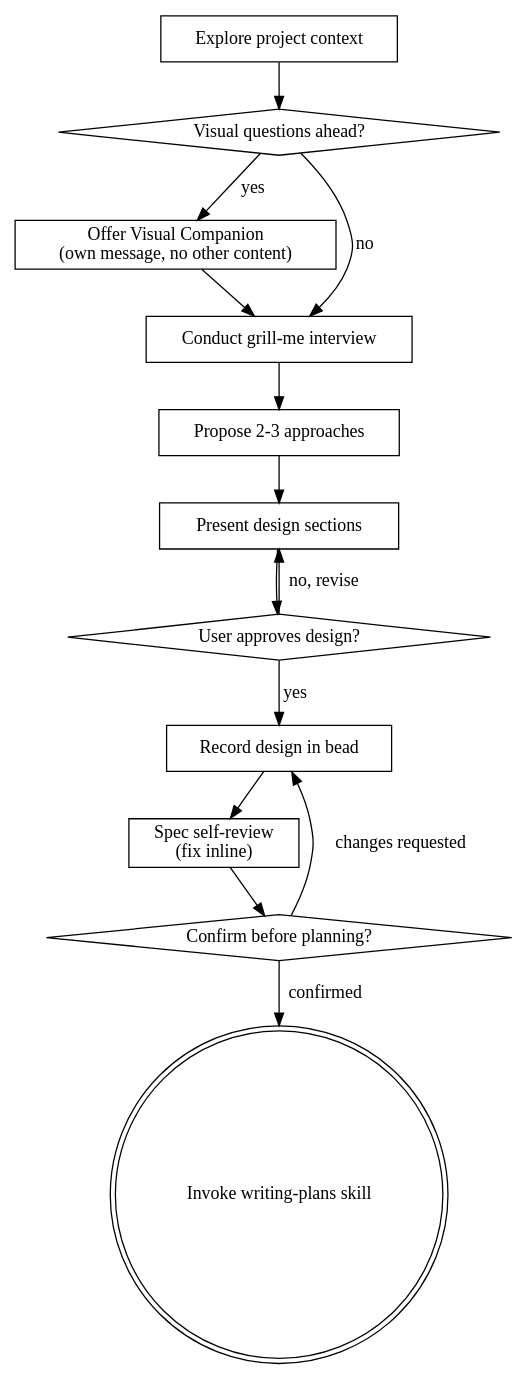
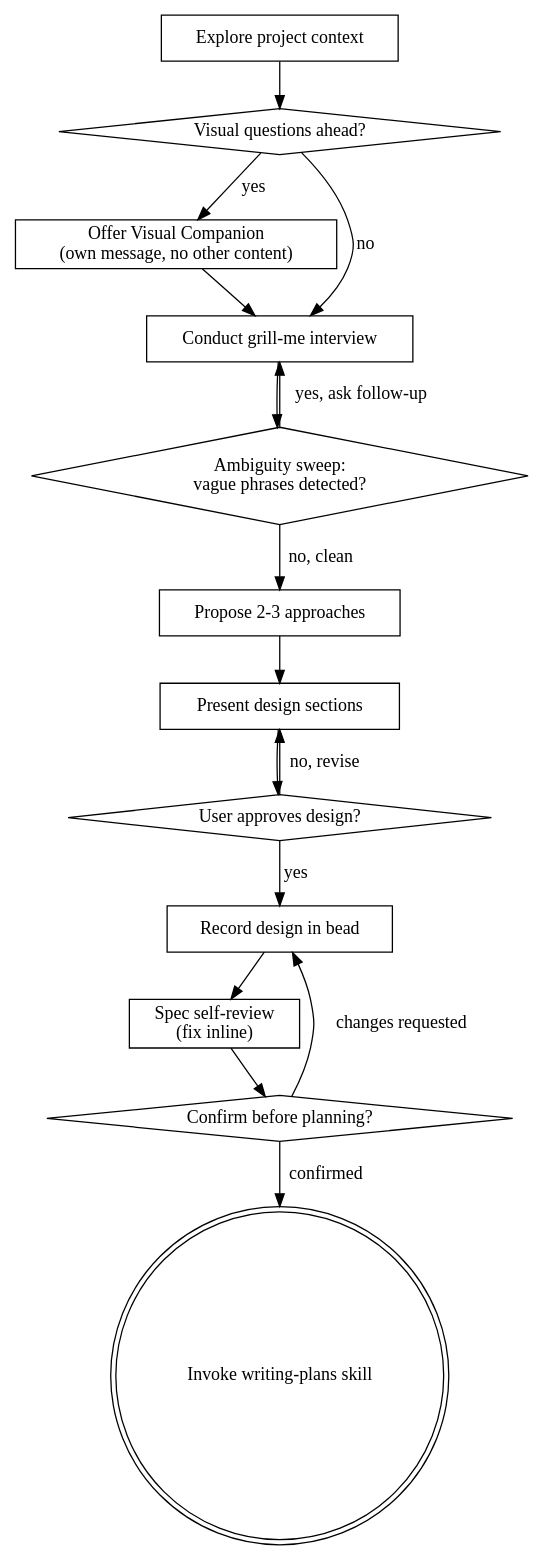
One commit to AvivK5498/superpowers changed the diagram in skills/brainstorming/SKILL.md. Above: the diagram before and after it, drawn with Graphviz. The commit also changed other lines of this file and 4 other files, not shown here.

````diff
--- a/skills/brainstorming/SKILL.md
+++ b/skills/brainstorming/SKILL.md
@@ -36,29 +38,32 @@
 ```dot
 digraph brainstorming {
     "Explore project context" [shape=box];
     "Visual questions ahead?" [shape=diamond];
     "Offer Visual Companion\n(own message, no other content)" [shape=box];
     "Conduct grill-me interview" [shape=box];
+    "Ambiguity sweep:\nvague phrases detected?" [shape=diamond];
     "Propose 2-3 approaches" [shape=box];
     "Present design sections" [shape=box];
     "User approves design?" [shape=diamond];
     "Record design in bead" [shape=box];
     "Spec self-review\n(fix inline)" [shape=box];
     "Confirm before planning?" [shape=diamond];
     "Invoke writing-plans skill" [shape=doublecircle];
 
     "Explore project context" -> "Visual questions ahead?";
     "Visual questions ahead?" -> "Offer Visual Companion\n(own message, no other content)" [label="yes"];
     "Visual questions ahead?" -> "Conduct grill-me interview" [label="no"];
     "Offer Visual Companion\n(own message, no other content)" -> "Conduct grill-me interview";
-    "Conduct grill-me interview" -> "Propose 2-3 approaches";
+    "Conduct grill-me interview" -> "Ambiguity sweep:\nvague phrases detected?";
+    "Ambiguity sweep:\nvague phrases detected?" -> "Conduct grill-me interview" [label="yes, ask follow-up"];
+    "Ambiguity sweep:\nvague phrases detected?" -> "Propose 2-3 approaches" [label="no, clean"];
     "Propose 2-3 approaches" -> "Present design sections";
     "Present design sections" -> "User approves design?";
     "User approves design?" -> "Present design sections" [label="no, revise"];
     "User approves design?" -> "Record design in bead" [label="yes"];
     "Record design in bead" -> "Spec self-review\n(fix inline)";
     "Spec self-review\n(fix inline)" -> "Confirm before planning?";
     "Confirm before planning?" -> "Record design in bead" [label="changes requested"];
     "Confirm before planning?" -> "Invoke writing-plans skill" [label="confirmed"];
 }
 ```
````
